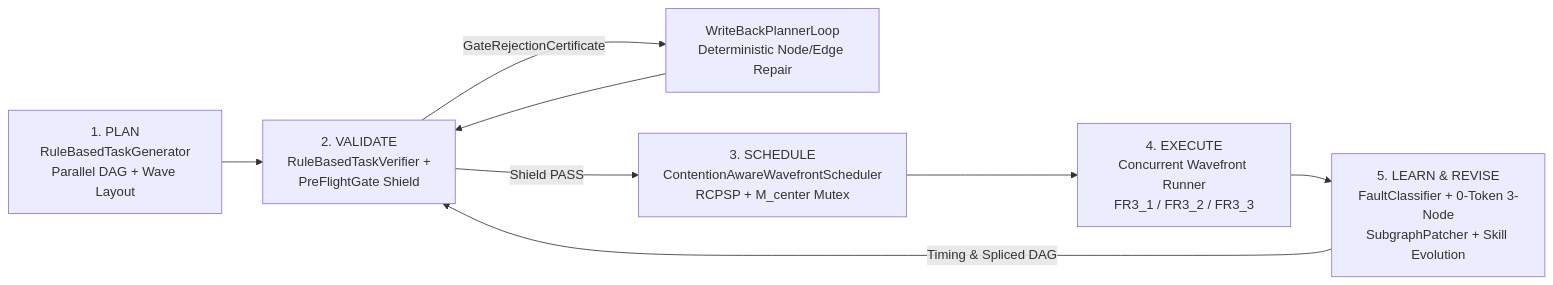
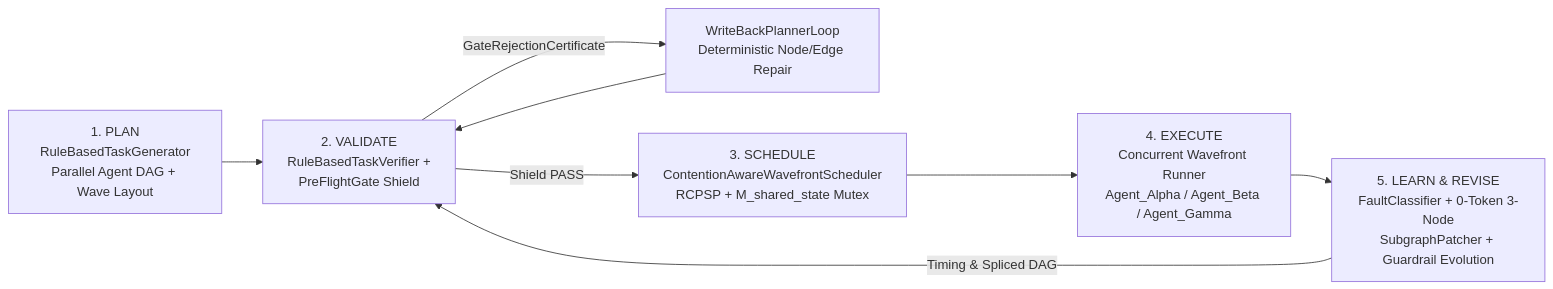
The diagram in README.md (mincasurong/DAG), drawn with Mermaid before and after one commit. The commit also changed other lines of this file and 26 other files, not shown here.

Commit message:
Generalize to Multi-Agent DAG Studio, add mobile-first responsive UX, update GIF and redeploy to GCP

````diff
--- a/README.md
+++ b/README.md
@@ -28,10 +38,10 @@
 ```mermaid
 flowchart LR
-    A["1. PLAN<br/>RuleBasedTaskGenerator<br/>Parallel DAG + Wave Layout"] --> B["2. VALIDATE<br/>RuleBasedTaskVerifier +<br/>PreFlightGate Shield"]
+    A["1. PLAN<br/>RuleBasedTaskGenerator<br/>Parallel Agent DAG + Wave Layout"] --> B["2. VALIDATE<br/>RuleBasedTaskVerifier +<br/>PreFlightGate Shield"]
     B -->|GateRejectionCertificate| C["WriteBackPlannerLoop<br/>Deterministic Node/Edge Repair"]
     C --> B
-    B -->|Shield PASS| D["3. SCHEDULE<br/>ContentionAwareWavefrontScheduler<br/>RCPSP + M_center Mutex"]
-    D --> E["4. EXECUTE<br/>Concurrent Wavefront Runner<br/>FR3_1 / FR3_2 / FR3_3"]
-    E --> F["5. LEARN & REVISE<br/>FaultClassifier + 0-Token 3-Node<br/>SubgraphPatcher + Skill Evolution"]
+    B -->|Shield PASS| D["3. SCHEDULE<br/>ContentionAwareWavefrontScheduler<br/>RCPSP + M_shared_state Mutex"]
+    D --> E["4. EXECUTE<br/>Concurrent Wavefront Runner<br/>Agent_Alpha / Agent_Beta / Agent_Gamma"]
+    E --> F["5. LEARN & REVISE<br/>FaultClassifier + 0-Token 3-Node<br/>SubgraphPatcher + Guardrail Evolution"]
     F -->|Timing & Spliced DAG| B
 ```
````
